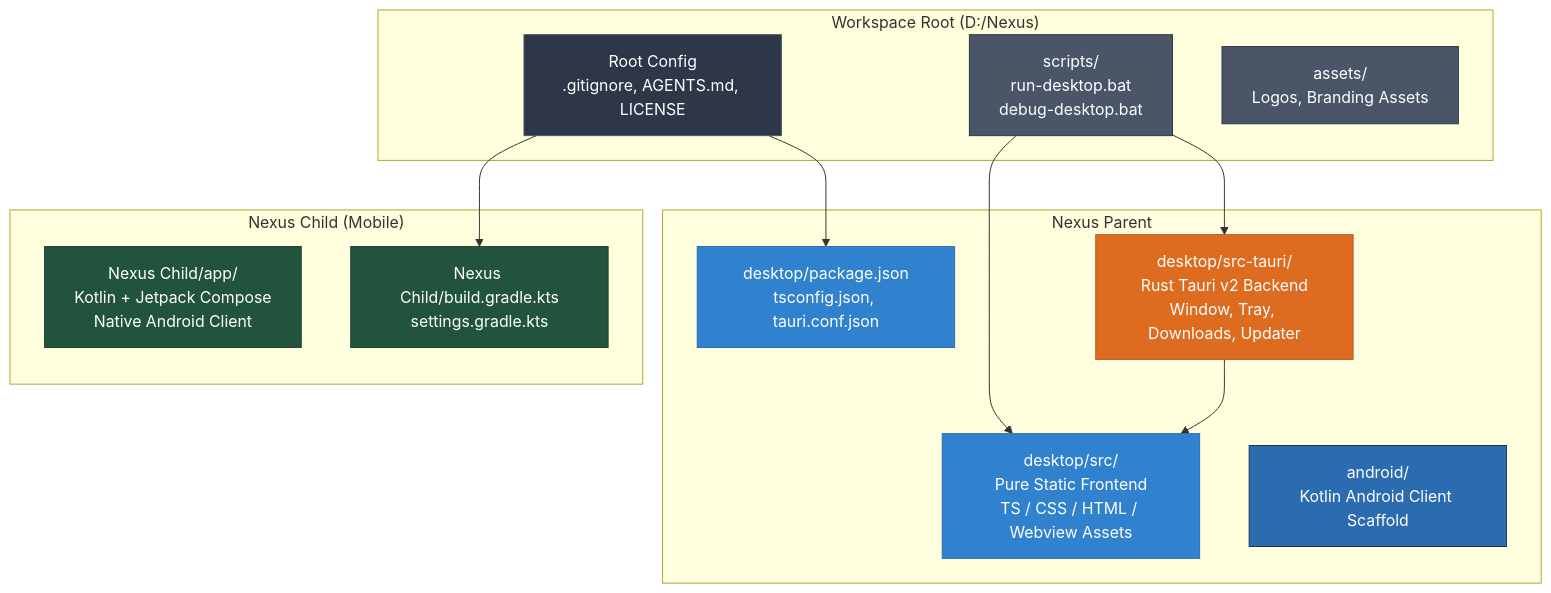
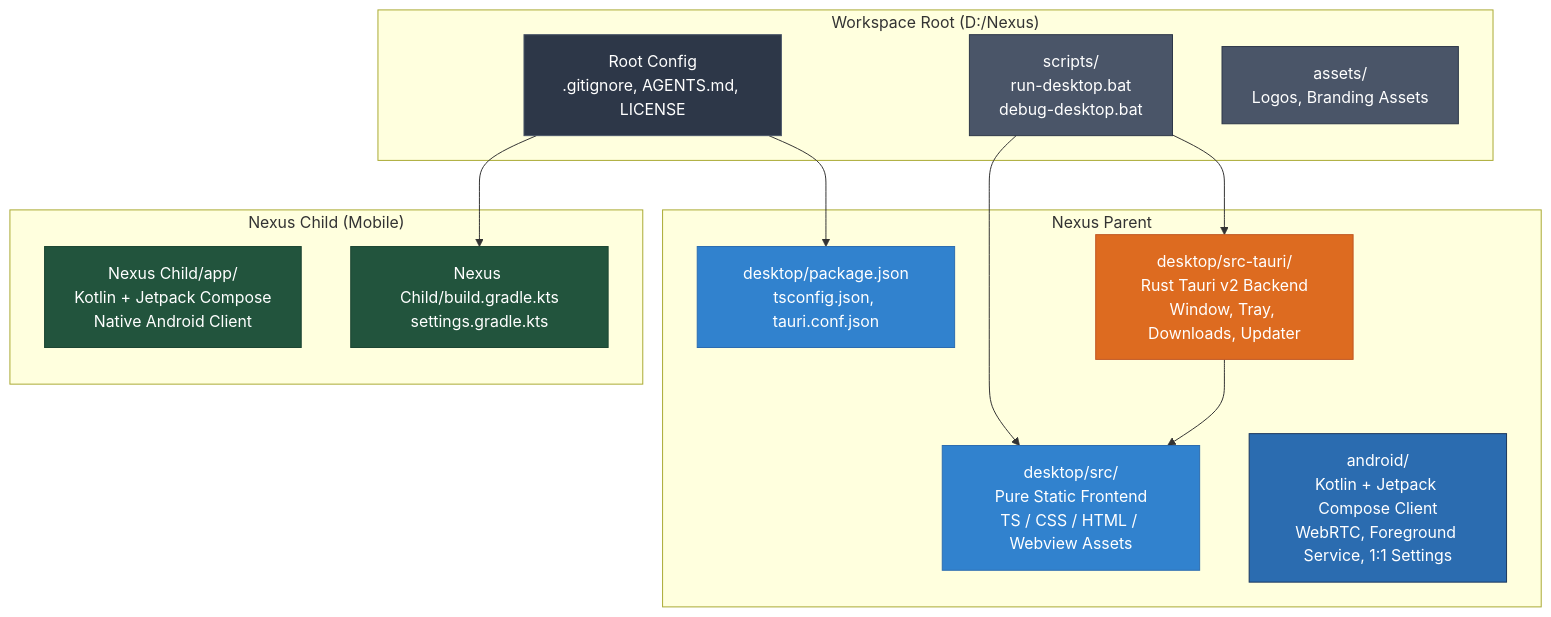
One commit to lukagray-dev/Nexus changed the second of 2 diagrams in README.md. Above: the diagram before and after it, drawn with Mermaid. The commit also changed other lines of this file and 69 other files, not shown here.

Commit message:
feat(android-parent): implement WebRTC P2P engine, background service, telemetry, and 1:1 settings UI

````diff
--- a/README.md
+++ b/README.md
@@ -216,36 +213,36 @@
 ```mermaid
 graph TD
     subgraph "Workspace Root (D:/Nexus)"
         ROOT_CONF[Root Config<br/>.gitignore, AGENTS.md, LICENSE]
         SCRIPTS[scripts/<br/>run-desktop.bat<br/>debug-desktop.bat]
         ASSETS[assets/<br/>Logos, Branding Assets]
     end
 
     subgraph "Nexus Parent"
         DESKTOP_TAURI[desktop/src-tauri/<br/>Rust Tauri v2 Backend<br/>Window, Tray, Downloads, Updater]
         DESKTOP_UI[desktop/src/<br/>Pure Static Frontend<br/>TS / CSS / HTML / Webview Assets]
         DESKTOP_CONF[desktop/package.json<br/>tsconfig.json, tauri.conf.json]
-        PARENT_ANDROID[android/<br/>Kotlin Android Client Scaffold]
+        PARENT_ANDROID[android/<br/>Kotlin + Jetpack Compose Client<br/>WebRTC, Foreground Service, 1:1 Settings]
     end
 
     subgraph "Nexus Child (Mobile)"
         ANDROID_APP[Nexus Child/app/<br/>Kotlin + Jetpack Compose<br/>Native Android Client]
         GRADLE_CONF[Nexus Child/build.gradle.kts<br/>settings.gradle.kts]
     end
 
     SCRIPTS --> DESKTOP_TAURI
     SCRIPTS --> DESKTOP_UI
     DESKTOP_TAURI --> DESKTOP_UI
     ROOT_CONF --> DESKTOP_CONF
     ROOT_CONF --> GRADLE_CONF
 
     style ROOT_CONF fill:#2D3748,stroke:#4A5568,color:#fff
     style SCRIPTS fill:#4A5568,stroke:#2D3748,color:#fff
     style ASSETS fill:#4A5568,stroke:#2D3748,color:#fff
     style DESKTOP_TAURI fill:#DD6B20,stroke:#C05621,color:#fff
     style DESKTOP_UI fill:#3182CE,stroke:#2B6CB0,color:#fff
     style DESKTOP_CONF fill:#3182CE,stroke:#2B6CB0,color:#fff
     style PARENT_ANDROID fill:#2B6CB0,stroke:#1A365D,color:#fff
     style ANDROID_APP fill:#22543D,stroke:#1C4532,color:#fff
     style GRADLE_CONF fill:#22543D,stroke:#1C4532,color:#fff
 ```
````
